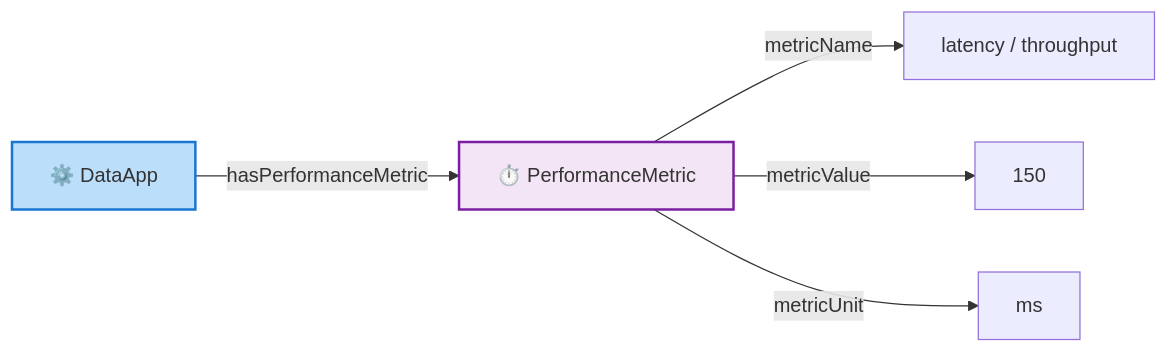
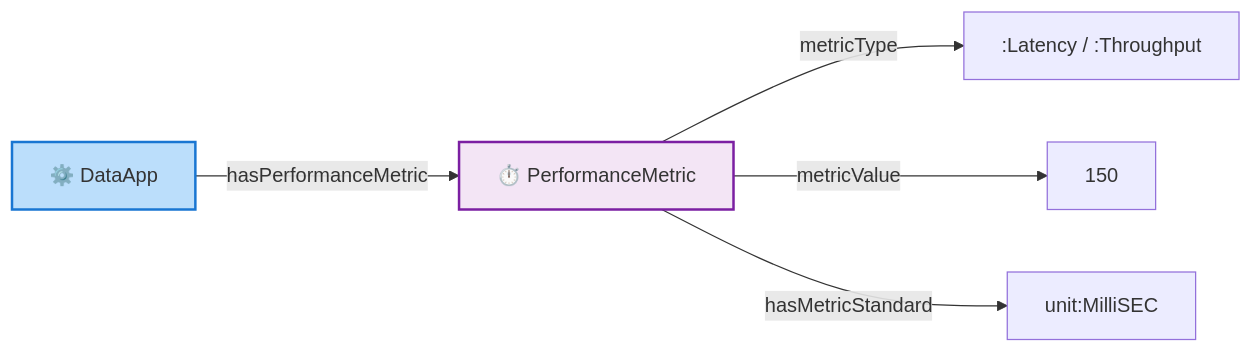
Before and after one commit to KhaosResearch/EDAAnOWL: the seventh of 11 diagrams in docs/ONTOLOGY_OVERVIEW_DIAGRAM_ES.md, drawn with Mermaid. The commit also changed other lines of this file and 16 other files, not shown here.

````diff
--- a/docs/ONTOLOGY_OVERVIEW_DIAGRAM_ES.md
+++ b/docs/ONTOLOGY_OVERVIEW_DIAGRAM_ES.md
@@ -216,17 +218,17 @@
 ```mermaid
 flowchart LR
     classDef app fill:#bbdefb,stroke:#1976d2,stroke-width:2px
     classDef metric fill:#f3e5f5,stroke:#7b1fa2,stroke-width:2px
 
     APP["⚙️ DataApp"]
     PM["⏱️ PerformanceMetric"]
 
     APP -- "hasPerformanceMetric" --> PM
 
-    PM -- "metricName" --> N["latency / throughput"]
+    PM -- "metricType" --> T[":Latency / :Throughput"]
     PM -- "metricValue" --> V["150"]
-    PM -- "metricUnit" --> U["ms"]
+    PM -- "hasMetricStandard" --> U["unit:MilliSEC"]
 
     class APP app
     class PM metric
 ```
````
